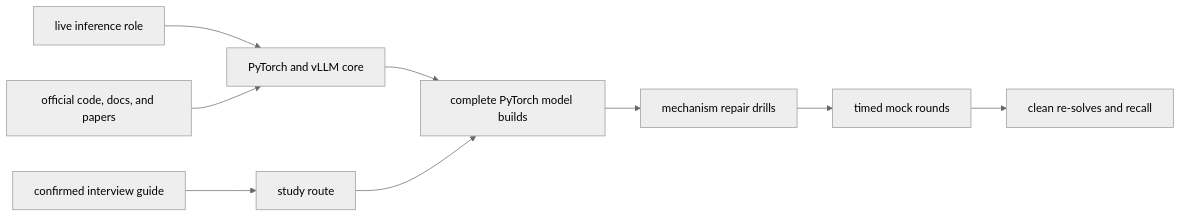
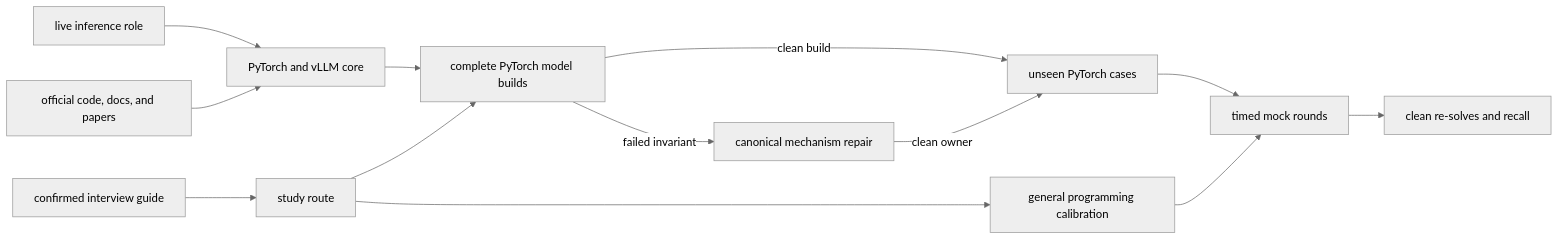
The diagram in content/hinterland/prep/inferact/index.md (aarnphm/aarnphm.github.io), drawn with Mermaid (neutral theme) before and after one commit. The commit also changed other lines of this file and 28 other files, not shown here.

````diff
--- a/content/hinterland/prep/inferact/index.md
+++ b/content/hinterland/prep/inferact/index.md
@@ -40,11 +42,15 @@
 ```mermaid
 flowchart LR
   Guide["confirmed interview guide"] --> Plan["study route"]
   Role["live inference role"] --> Core["PyTorch and vLLM core"]
   Sources["official code, docs, and papers"] --> Core
   Core --> Models["complete PyTorch model builds"]
-  Models --> Drills["mechanism repair drills"]
+  Models -->|"failed invariant"| Drills["canonical mechanism repair"]
+  Models -->|"clean build"| Practice["unseen PyTorch cases"]
+  Drills -->|"clean owner"| Practice
   Plan --> Models
-  Drills --> Mocks["timed mock rounds"]
+  Plan --> Programming["general programming calibration"]
+  Practice --> Mocks["timed mock rounds"]
+  Programming --> Mocks
   Mocks --> Repair["clean re-solves and recall"]
 ```
````
